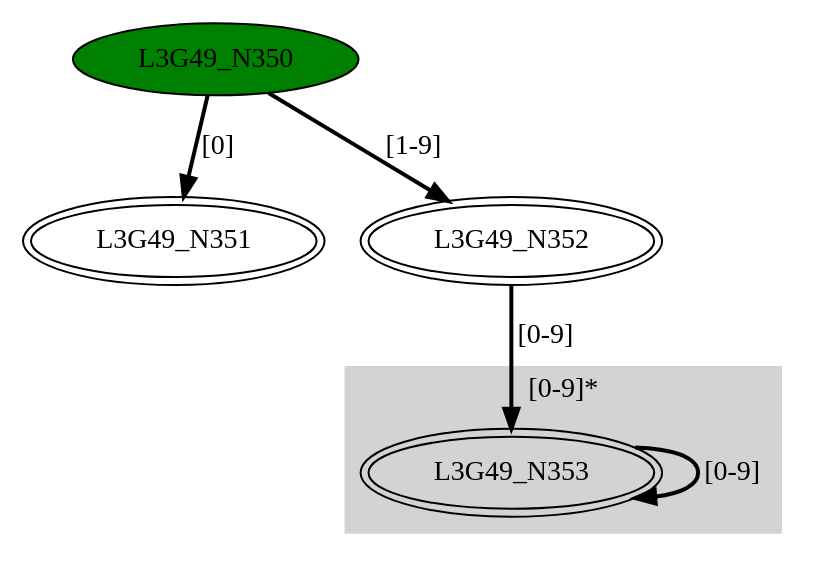
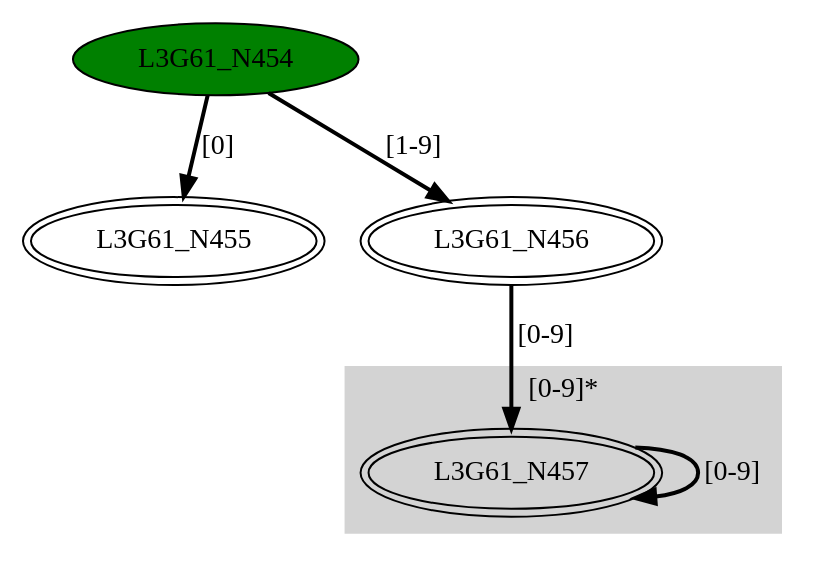
One commit to GDimitroulakos/EDUFLEX changed the diagram in DFASimulator/Testbench/mergeDFA3.dot. Above: the diagram before and after it, drawn with Graphviz. The commit also changed 51 other files, not shown here.

```diff
--- a/DFASimulator/Testbench/mergeDFA3.dot
+++ b/DFASimulator/Testbench/mergeDFA3.dot
@@ -1,16 +1,16 @@
-digraph G49{
+digraph G61{
 	subgraph cluster3 {
 		node [style=filled];
 		style=filled;
 		color=lightgrey;
 		label ="[0-9]*";
-		L3G49_N353;
-	}"L3G49_N350" [style=filled,fillcolor=green];
-"L3G49_N351" [peripheries=2];
-"L3G49_N352" [peripheries=2];
-"L3G49_N353" [peripheries=2];
-"L3G49_N350"->"L3G49_N351" [style = bold, label = "[0]"];
-"L3G49_N350"->"L3G49_N352" [style = bold, label = "[1-9]"];
-"L3G49_N352"->"L3G49_N353" [style = bold, label = "[0-9]"];
-"L3G49_N353"->"L3G49_N353" [style = bold, label = "[0-9]"];
+		L3G61_N457;
+	}"L3G61_N454" [style=filled,fillcolor=green];
+"L3G61_N455" [peripheries=2];
+"L3G61_N456" [peripheries=2];
+"L3G61_N457" [peripheries=2];
+"L3G61_N454"->"L3G61_N455" [style = bold, label = "[0]"];
+"L3G61_N454"->"L3G61_N456" [style = bold, label = "[1-9]"];
+"L3G61_N456"->"L3G61_N457" [style = bold, label = "[0-9]"];
+"L3G61_N457"->"L3G61_N457" [style = bold, label = "[0-9]"];
 }
```
